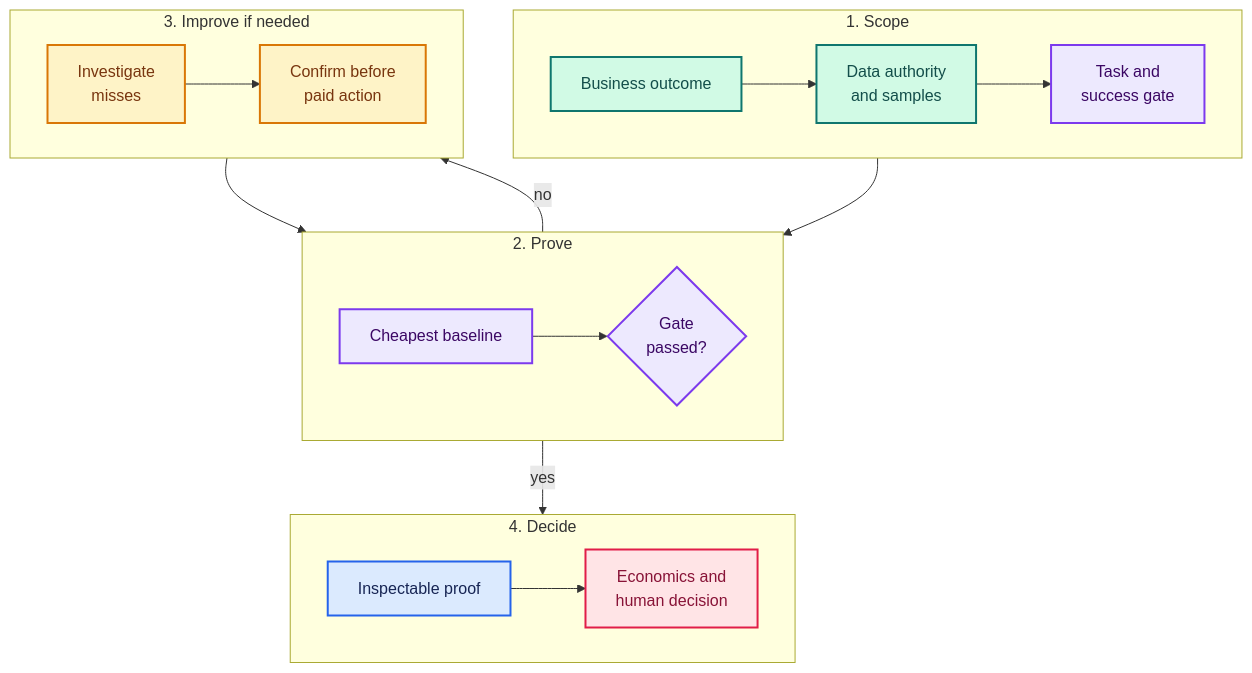
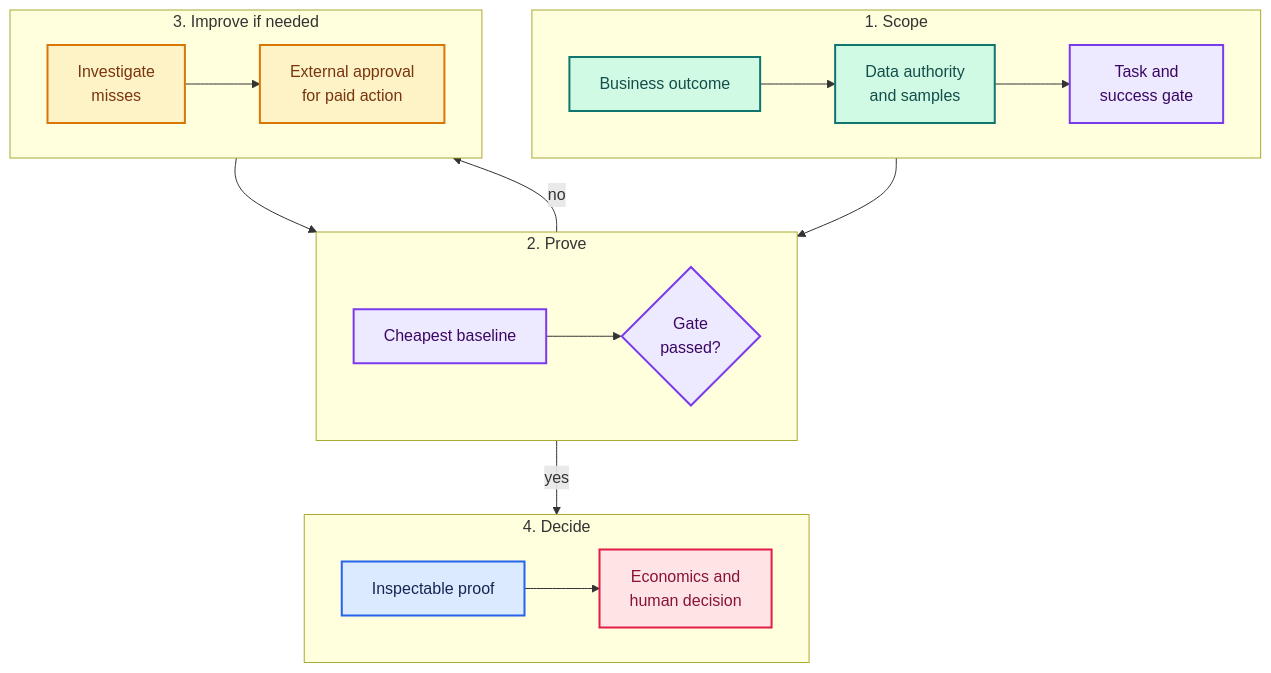
The diagram in README.md (Borda/vision-delivery), drawn with Mermaid before and after one commit. The commit also changed other lines of this file and 85 other files, not shown here.

````diff
--- a/README.md
+++ b/README.md
@@ -59,40 +59,40 @@
 ```mermaid
 flowchart TB
     subgraph SCOPE[1. Scope]
         direction LR
         A[Business outcome] --> B[Data authority<br/>and samples]
         B --> C[Task and<br/>success gate]
     end
 
     subgraph PROVE[2. Prove]
         direction LR
         D[Cheapest baseline] --> E{Gate<br/>passed?}
     end
 
     subgraph IMPROVE[3. Improve if needed]
         direction LR
-        G[Investigate<br/>misses] --> H[Confirm before<br/>paid action]
+        G[Investigate<br/>misses] --> H[External approval<br/>for paid action]
     end
 
     subgraph DECIDE[4. Decide]
         direction LR
         F[Inspectable proof] --> I[Economics and<br/>human decision]
     end
 
     C --> D
     E -->|yes| F
     E -->|no| G
     H --> D
 
     classDef user fill:#D1FAE5,stroke:#0F766E,color:#134E4A,stroke-width:2px;
     classDef sentinel fill:#EDE9FE,stroke:#7C3AED,color:#3B0764,stroke-width:2px;
     classDef improve fill:#FEF3C7,stroke:#D97706,color:#78350F,stroke-width:2px;
     classDef evidence fill:#DBEAFE,stroke:#2563EB,color:#172554,stroke-width:2px;
     classDef decision fill:#FFE4E6,stroke:#E11D48,color:#881337,stroke-width:2px;
 
     class A,B user;
     class C,D,E sentinel;
     class G,H improve;
     class F evidence;
     class I decision;
 ```
````
